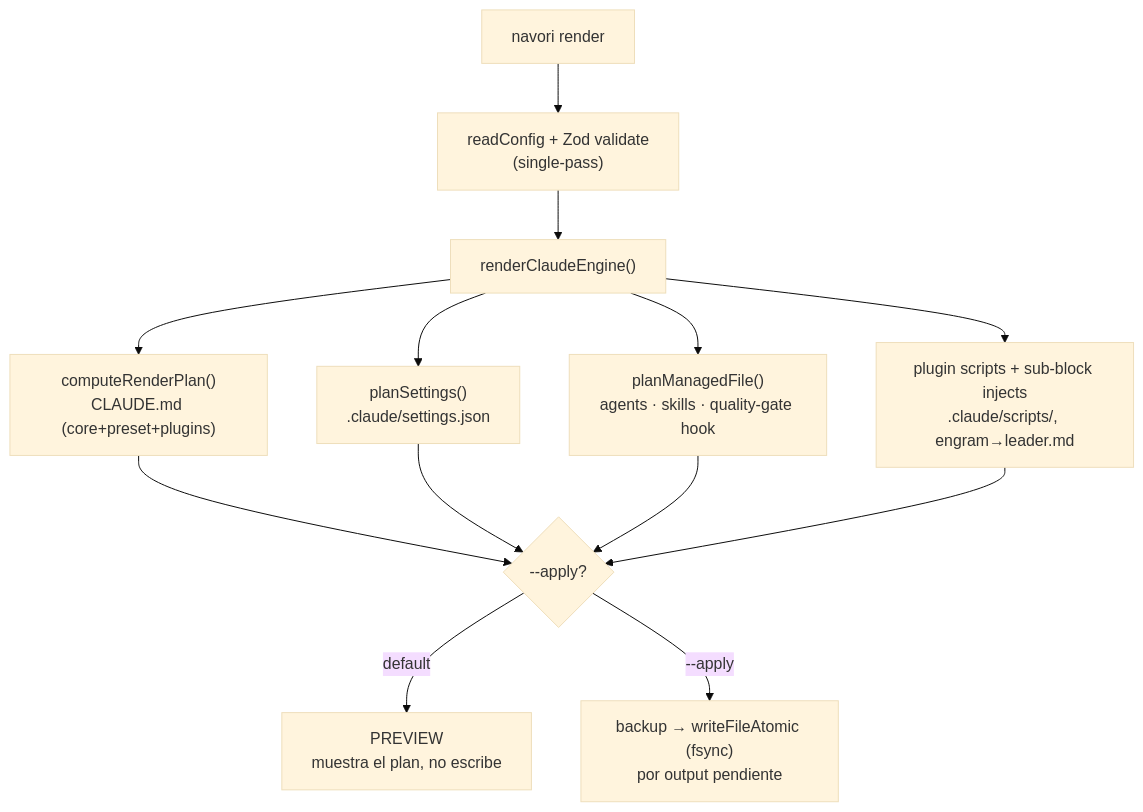
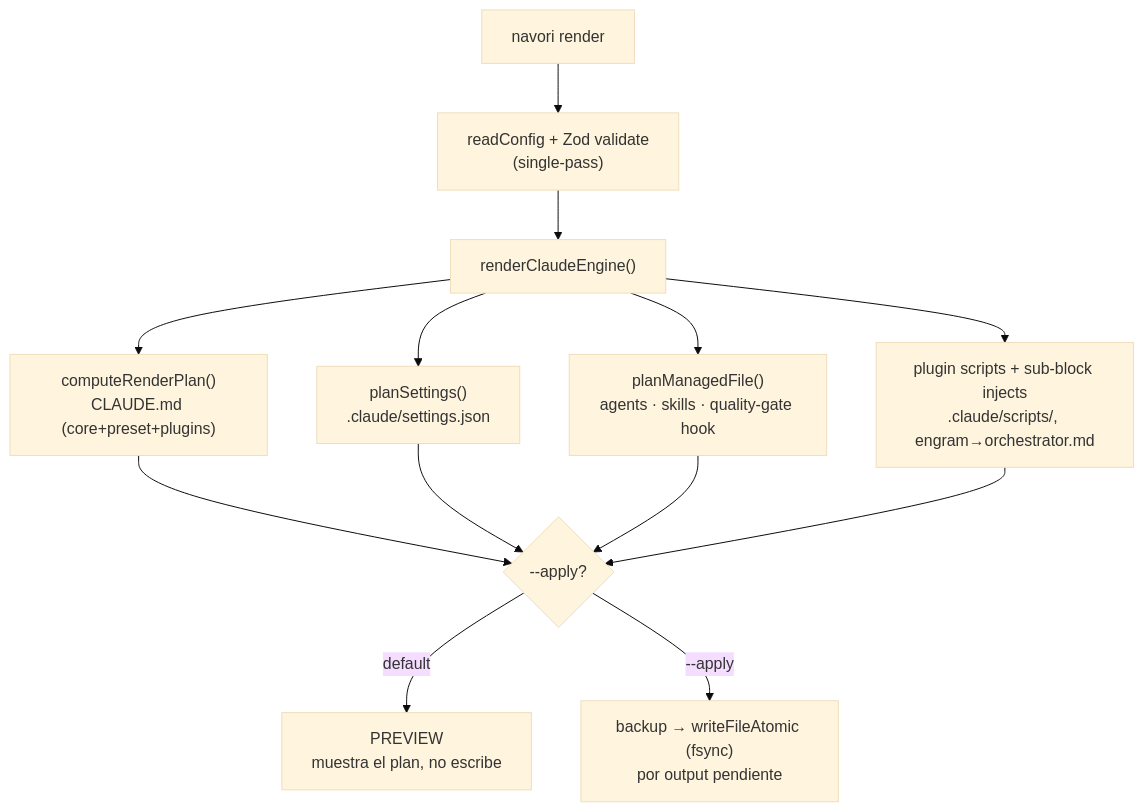
The second of 3 diagrams in docs/architecture.md (UlisesCm/navori-harness), drawn with Mermaid (base theme) before and after one commit. The commit also changed other lines of this file and 29 other files, not shown here.

````diff
--- a/docs/architecture.md
+++ b/docs/architecture.md
@@ -47,33 +47,33 @@
 ```mermaid
 flowchart TD
     CMD["navori render"]
     READ["readConfig + Zod validate<br/>(single-pass)"]
     ENG["renderClaudeEngine()"]
     P1["computeRenderPlan()<br/>CLAUDE.md (core+preset+plugins)"]
     P2["planSettings()<br/>.claude/settings.json"]
     P3["planManagedFile()<br/>agents · skills · quality-gate hook"]
-    P4["plugin scripts + sub-block injects<br/>.claude/scripts/, engram→leader.md"]
+    P4["plugin scripts + sub-block injects<br/>.claude/scripts/, engram→orchestrator.md"]
     GATE{"--apply?"}
     PREVIEW["PREVIEW<br/>muestra el plan, no escribe"]
     WRITE["backup → writeFileAtomic (fsync)<br/>por output pendiente"]
 
     CMD --> READ --> ENG
     ENG --> P1
     ENG --> P2
     ENG --> P3
     ENG --> P4
     P1 --> GATE
     P2 --> GATE
     P3 --> GATE
     P4 --> GATE
     GATE -- "default" --> PREVIEW
     GATE -- "--apply" --> WRITE
 
     click CMD "../packages/cli/src/commands/render.ts" "render command"
     click READ "../packages/cli/src/lib/config.ts" "readConfig"
     click ENG "../packages/cli/src/engines/claude/index.ts" "Claude engine"
     click P1 "../packages/cli/src/lib/render-plan.ts" "computeRenderPlan"
     click P2 "../packages/cli/src/engines/claude/build-settings.ts" "buildClaudeSettings"
     click P3 "../packages/cli/src/engines/shared/render-managed-file.ts" "renderManagedFile"
     click WRITE "../packages/cli/src/lib/atomic.ts" "writeFileAtomic"
 ```
````
